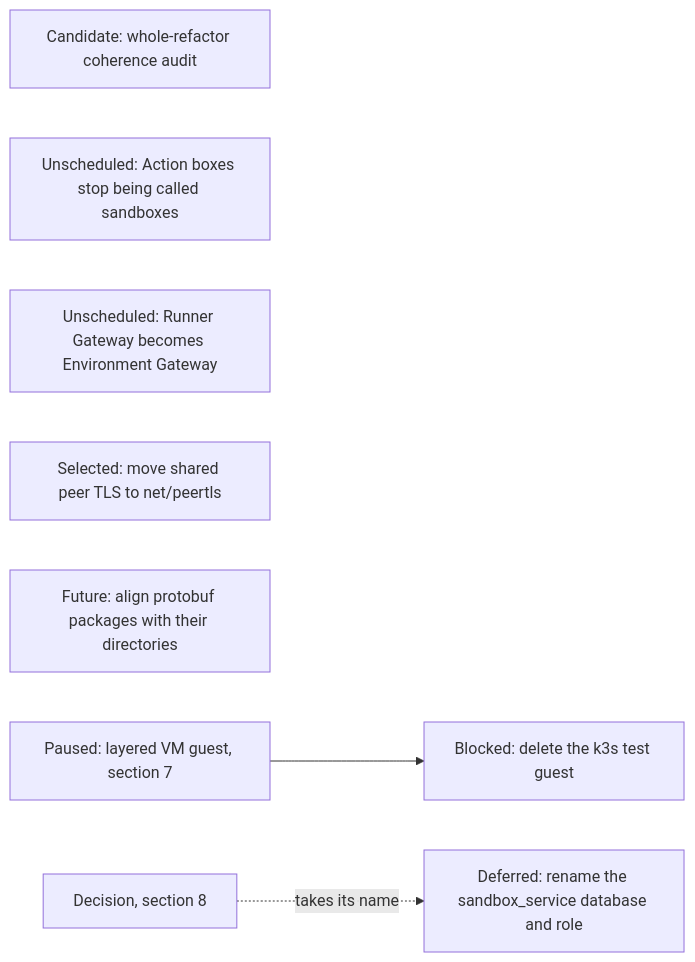
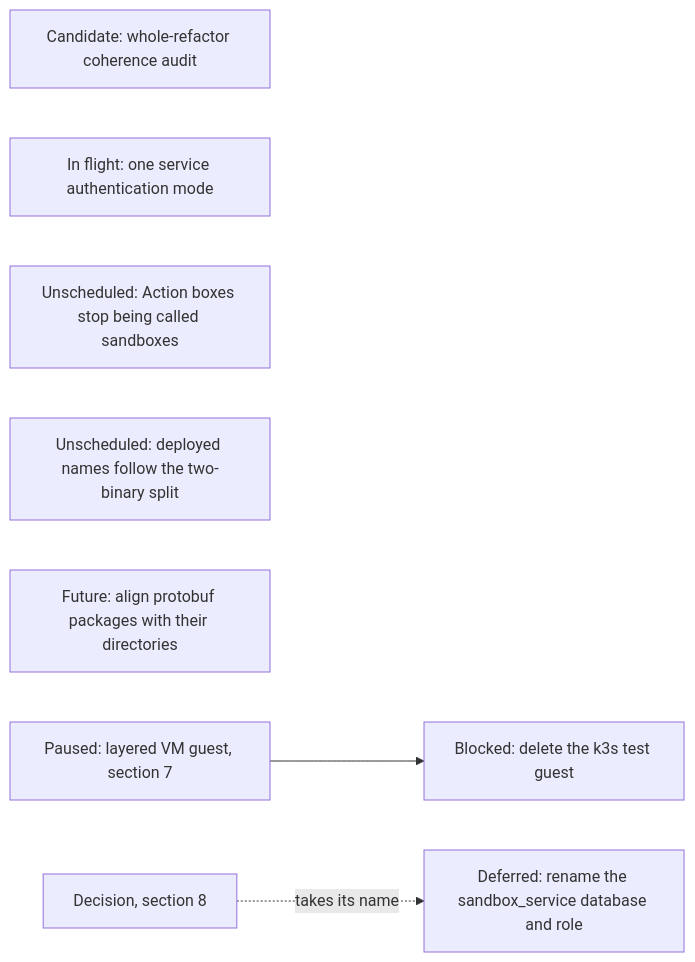
Diagram 19 of 21 in agentplane/plans/task_dag.md (agentydragon/ducktape), drawn with Mermaid before and after one commit. The commit also changed other lines of this file and 1 other file, not shown here.

````diff
--- a/agentplane/plans/task_dag.md
+++ b/agentplane/plans/task_dag.md
@@ -3551,10 +3674,10 @@
 ```mermaid
 flowchart LR
     REFACTOR_COHERENCE_AUDIT[Candidate: whole-refactor coherence audit]
+    PRIVILEGED_BACKEND_AUTH_DESIGN[In flight: one service authentication mode]
     ACTION_BOX_RENAME[Unscheduled: Action boxes stop being called sandboxes]
-    RUNNER_GATEWAY_RENAME[Unscheduled: Runner Gateway becomes Environment Gateway]
-    TRANSPORT_PACKAGE_RENAME[Selected: move shared peer TLS to net/peertls]
+    RUNNER_GATEWAY_RENAME[Unscheduled: deployed names follow the two-binary split]
     PROTO_PACKAGE_ALIGNMENT[Future: align protobuf packages with their directories]
     RUNNER_LAYERING_VM[Paused: layered VM guest, section 7] --> K3S_TEST_GUEST_RETIRE[Blocked: delete the k3s test guest]
     HISTORY_SERVICE_RENAME[Decision, section 8] -. takes its name .-> HISTORY_DATABASE_RENAME[Deferred: rename the sandbox_service database and role]
 ```
````
